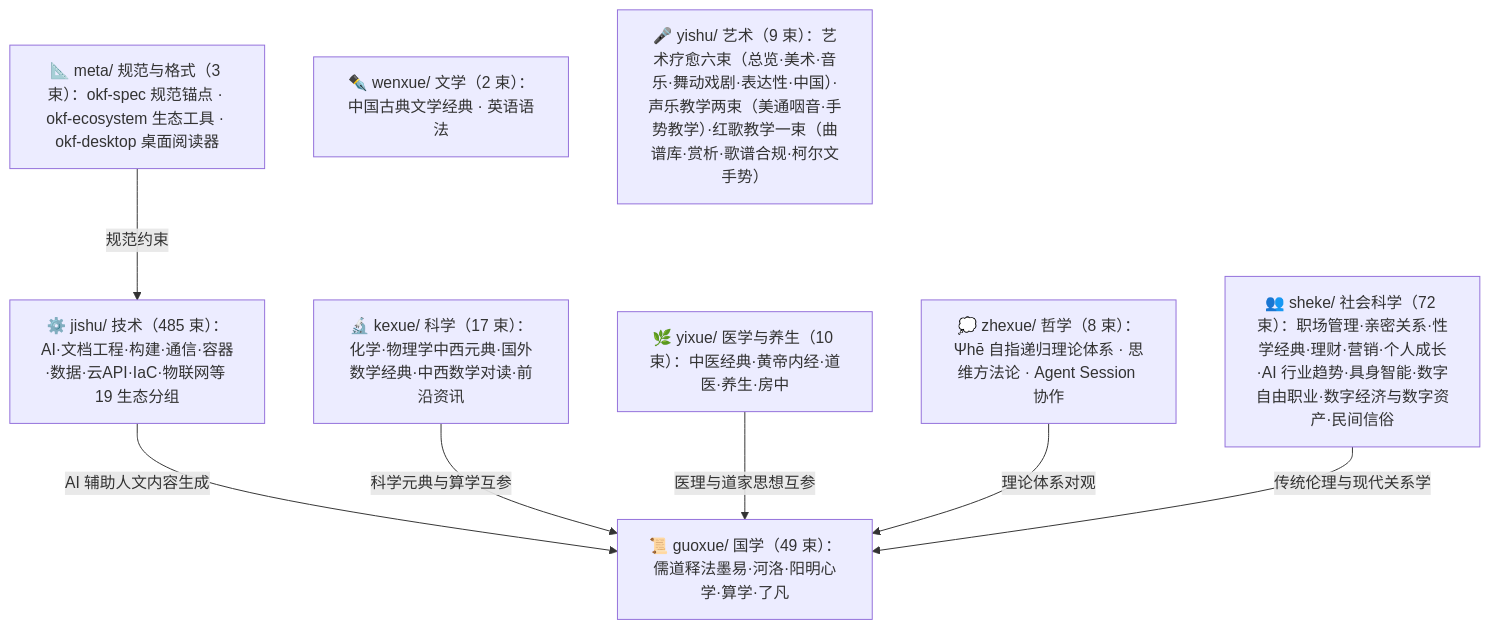
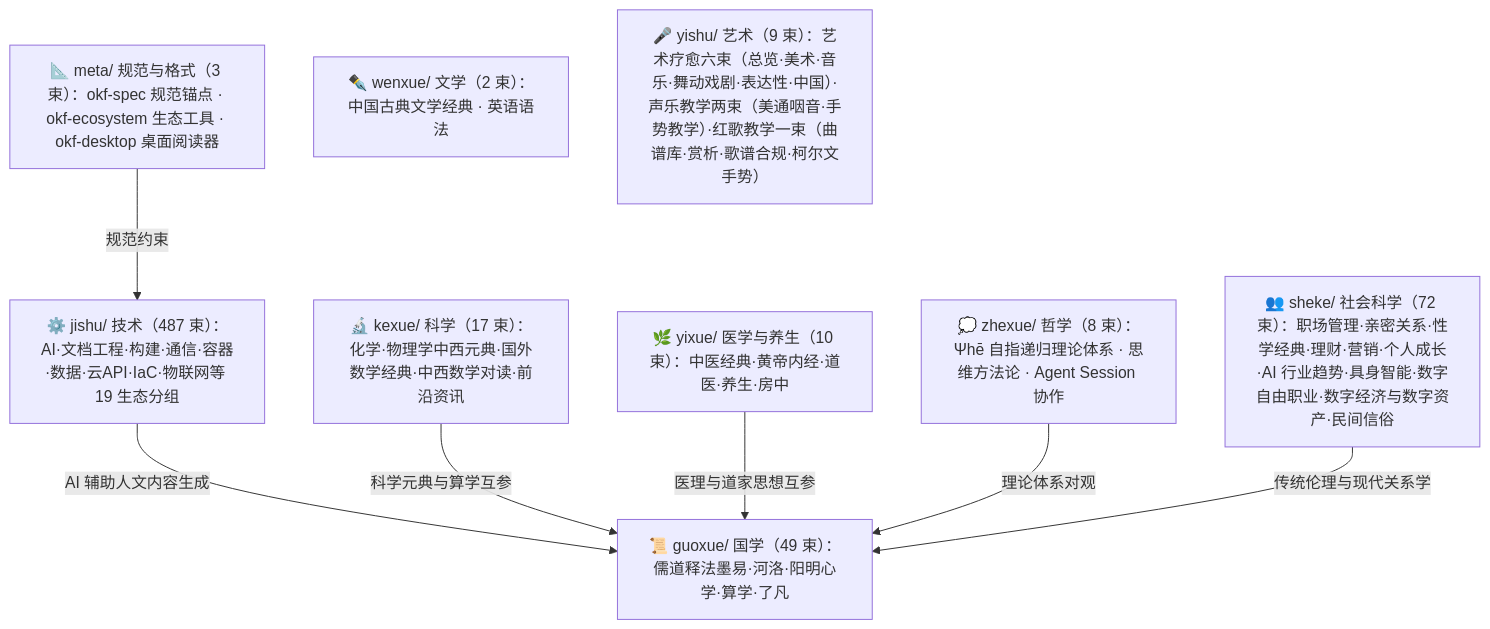
The diagram in doc/bundles/index.md (awesome-flexloop/awesome-okf), drawn with Mermaid before and after one commit. The commit also changed other lines of this file and 17 other files, not shown here.

````diff
--- a/doc/bundles/index.md
+++ b/doc/bundles/index.md
@@ -21,18 +21,18 @@
 ```mermaid
 flowchart TD
     meta["📐 meta/ 规范与格式（3 束）：okf-spec 规范锚点 · okf-ecosystem 生态工具 · okf-desktop 桌面阅读器"]
     guoxue["📜 guoxue/ 国学（49 束）：儒道释法墨易·河洛·阳明心学·算学·了凡"]
     zhexue["💭 zhexue/ 哲学（8 束）：Ψhē 自指递归理论体系 · 思维方法论 · Agent Session 协作"]
     kexue["🔬 kexue/ 科学（17 束）：化学·物理学中西元典·国外数学经典·中西数学对读·前沿资讯"]
     wenxue["✒️ wenxue/ 文学（2 束）：中国古典文学经典 · 英语语法"]
     yixue["🌿 yixue/ 医学与养生（10 束）：中医经典·黄帝内经·道医·养生·房中"]
     sheke["👥 sheke/ 社会科学（72 束）：职场管理·亲密关系·性学经典·理财·营销·个人成长·AI 行业趋势·具身智能·数字自由职业·数字经济与数字资产·民间信俗"]
     yishu["🎤 yishu/ 艺术（9 束）：艺术疗愈六束（总览·美术·音乐·舞动戏剧·表达性·中国）·声乐教学两束（美通咽音·手势教学）·红歌教学一束（曲谱库·赏析·歌谱合规·柯尔文手势）"]
-    jishu["⚙️ jishu/ 技术（485 束）：AI·文档工程·构建·通信·容器·数据·云API·IaC·物联网等 19 生态分组"]
+    jishu["⚙️ jishu/ 技术（487 束）：AI·文档工程·构建·通信·容器·数据·云API·IaC·物联网等 19 生态分组"]
     meta -->|"规范约束"| jishu
     jishu -->|"AI 辅助人文内容生成"| guoxue
     kexue -->|"科学元典与算学互参"| guoxue
     yixue -->|"医理与道家思想互参"| guoxue
     zhexue -->|"理论体系对观"| guoxue
     sheke -->|"传统伦理与现代关系学"| guoxue
 ```
````
